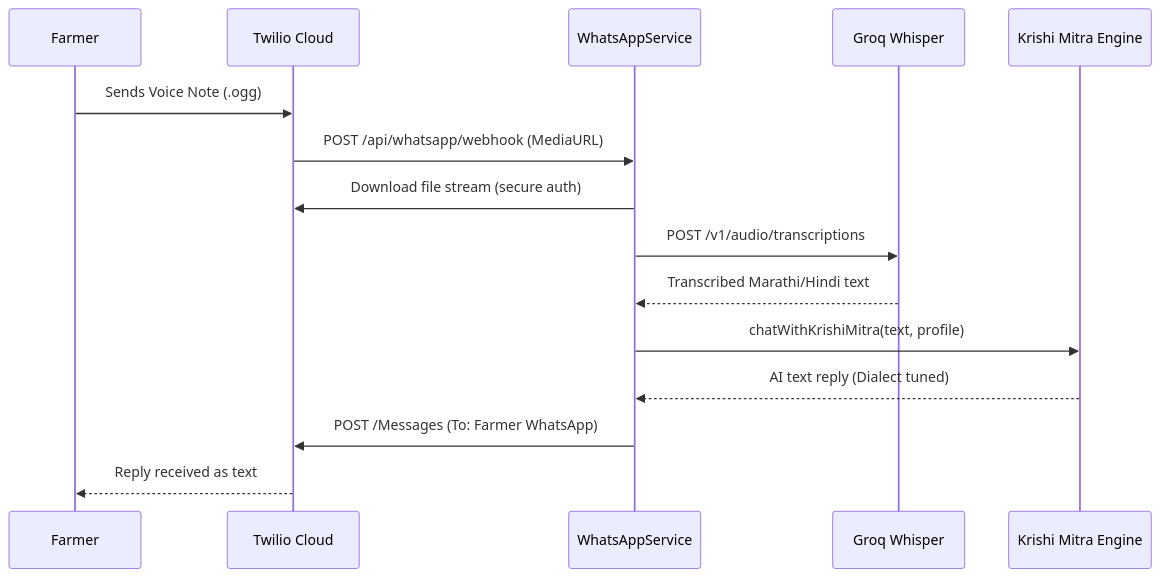
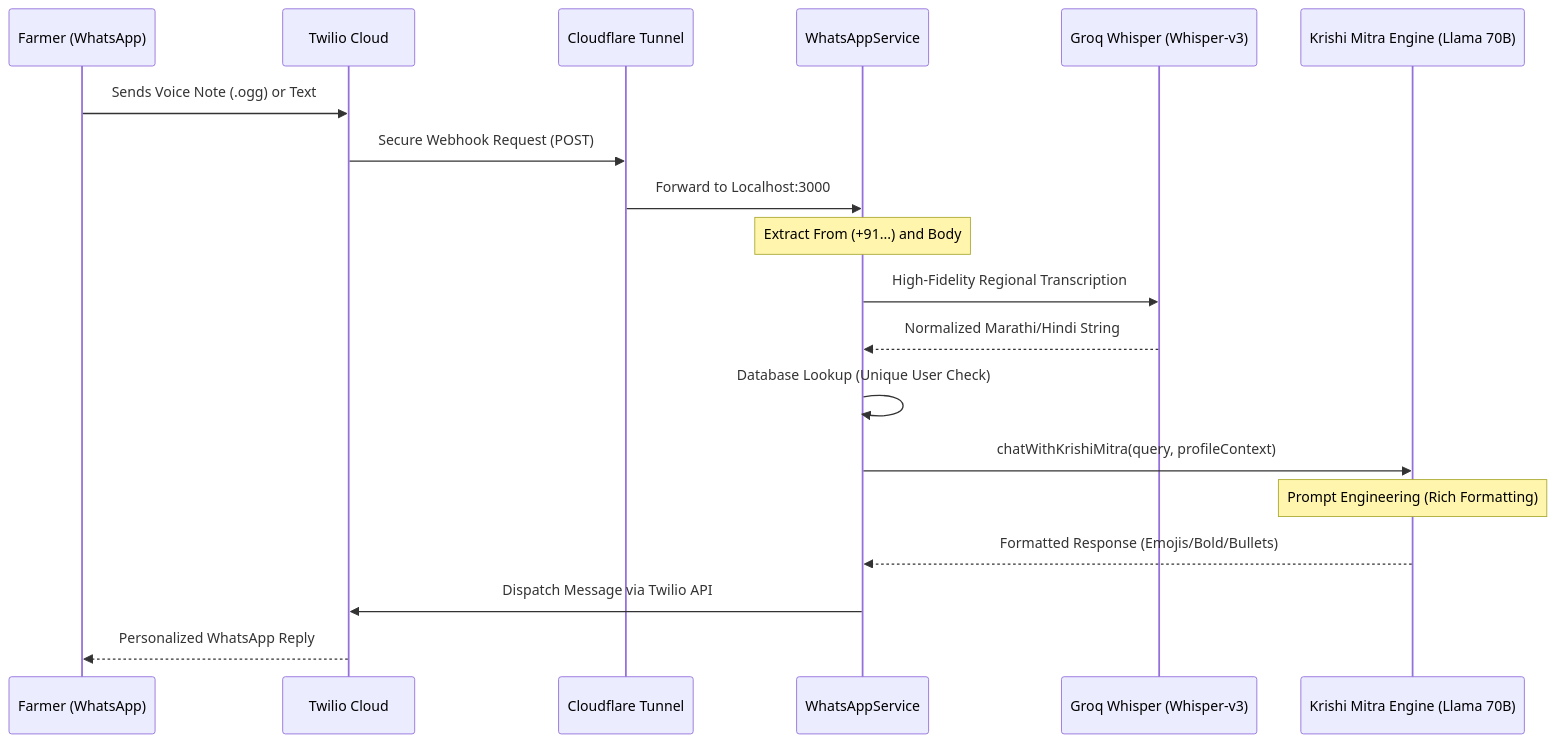
One commit to abhay-patil-cse27/agri-scheme-eligibility-rag changed the first of 4 diagrams in docs/ADVANCED_FEATURES.md. Above: the diagram before and after it, drawn with Mermaid. The commit also changed other lines of this file and 12 other files, not shown here.

First line of the commit message:
feat(whatsapp): implement Krishi Mitra AI Gateway with Cloudflare Tunnel, Whisper-v3, and Identity Governance

````diff
--- a/docs/ADVANCED_FEATURES.md
+++ b/docs/ADVANCED_FEATURES.md
@@ -12,18 +11,22 @@
 ```mermaid
 sequenceDiagram
-    participant F as Farmer
+    participant F as Farmer (WhatsApp)
     participant T as Twilio Cloud
+    participant C as Cloudflare Tunnel
     participant W as WhatsAppService
-    participant STT as Groq Whisper
-    participant K as Krishi Mitra Engine
-    
-    F->>T: Sends Voice Note (.ogg)
-    T->>W: POST /api/whatsapp/webhook (MediaURL)
-    W->>T: Download file stream (secure auth)
-    W->>STT: POST /v1/audio/transcriptions
-    STT-->>W: Transcribed Marathi/Hindi text
-    W->>K: chatWithKrishiMitra(text, profile)
-    K-->>W: AI text reply (Dialect tuned)
-    W->>T: POST /Messages (To: Farmer WhatsApp)
-    T-->>F: Reply received as text
+    participant STT as Groq Whisper (Whisper-v3)
+    participant K as Krishi Mitra Engine (Llama 70B)
+
+    F->>T: Sends Voice Note (.ogg) or Text
+    T->>C: Secure Webhook Request (POST)
+    C->>W: Forward to Localhost:3000
+    Note over W: Extract From (+91...) and Body
+    W->>STT: High-Fidelity Regional Transcription
+    STT-->>W: Normalized Marathi/Hindi String
+    W->>W: Database Lookup (Unique User Check)
+    W->>K: chatWithKrishiMitra(query, profileContext)
+    Note over K: Prompt Engineering (Rich Formatting)
+    K-->>W: Formatted Response (Emojis/Bold/Bullets)
+    W->>T: Dispatch Message via Twilio API
+    T-->>F: Personalized WhatsApp Reply
 ```
````
